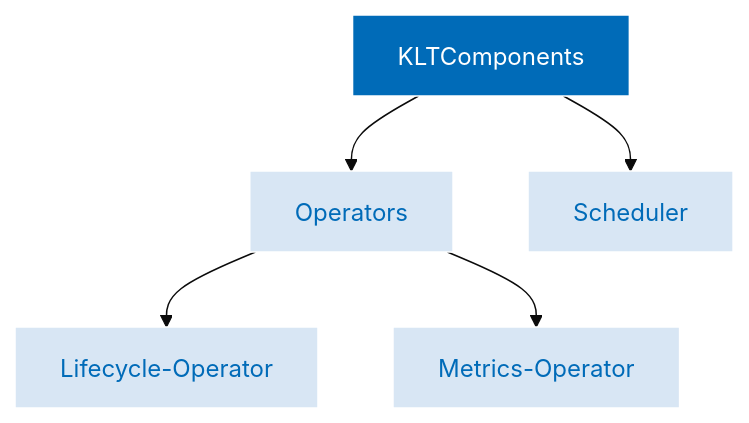
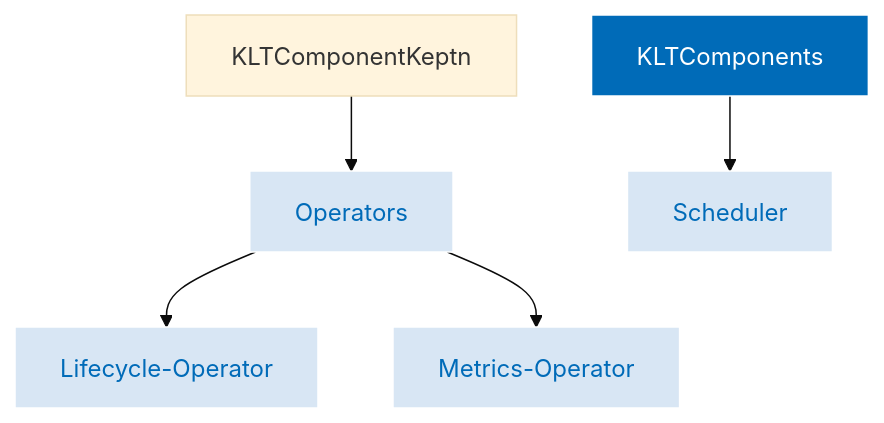
One commit to keptn/lifecycle-toolkit changed the diagram in docs/content/en/docs/concepts/architecture/components/_index.md. Above: the diagram before and after it, drawn with Mermaid (base theme). The commit also changed 1 other file, not shown here.

Commit message:
troubleshooting

````diff
--- a/docs/content/en/docs/concepts/architecture/components/_index.md
+++ b/docs/content/en/docs/concepts/architecture/components/_index.md
@@ -19,12 +19,12 @@
 ```mermaid
 graph TD;
-    KLTComponents-->Operators;
+    KLTComponentKeptn-->Operators;
     KLTComponents-->Scheduler
    Operators-->Lifecycle-Operator
    Operators-->Metrics-Operator
 style KLTComponents fill:#006bb8,stroke:#fff,stroke-width:px,color:#fff
 style Operators fill:#d8e6f4,stroke:#fff,stroke-width:px,color:#006bb8
 style Scheduler fill:#d8e6f4,stroke:#fff,stroke-width:px,color:#006bb8
 style Lifecycle-Operator fill:#d8e6f4,stroke:#fff,stroke-width:px,color:#006bb8
 style Metrics-Operator fill:#d8e6f4,stroke:#fff,stroke-width:px,color:#006bb8
 ```
````
